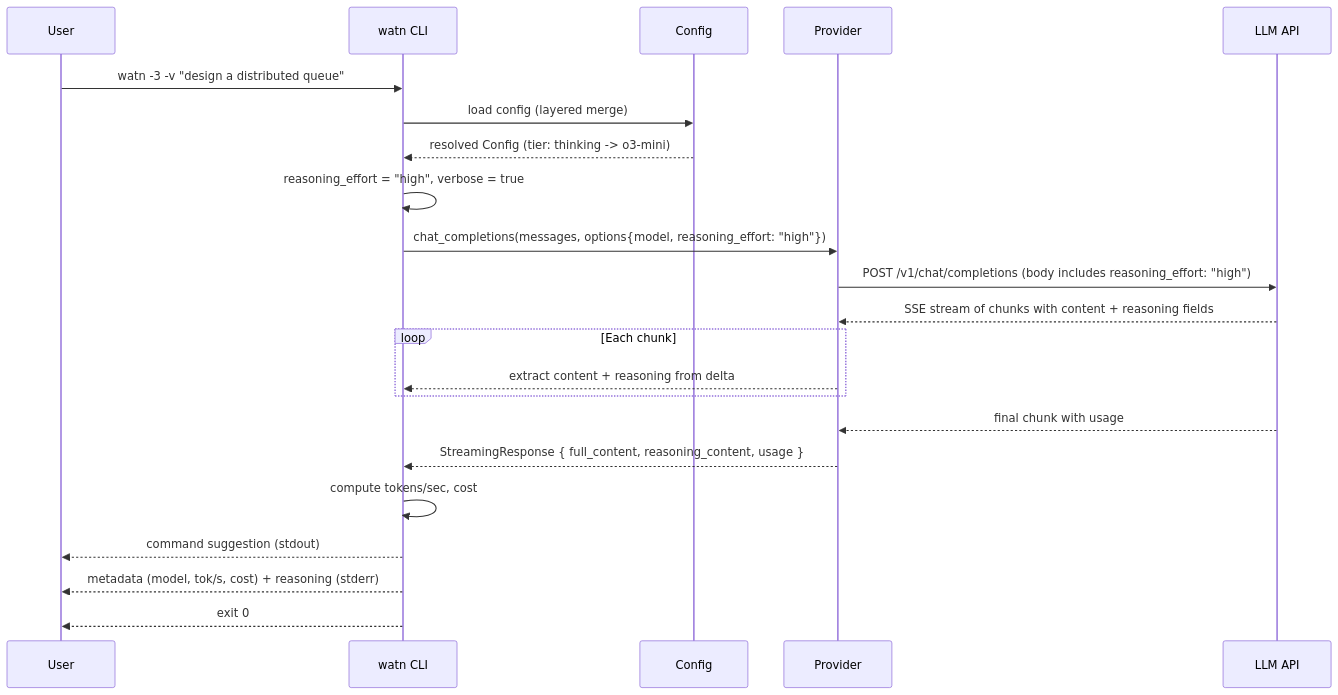
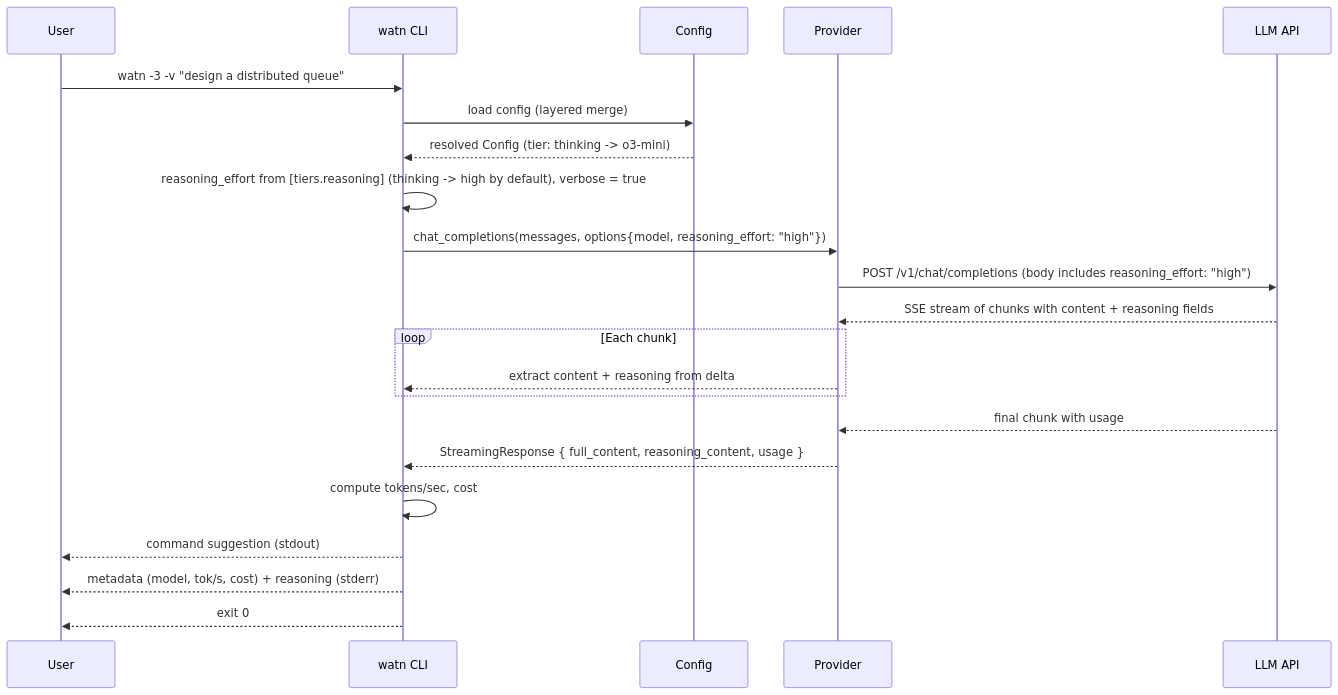
The third of 7 diagrams in docs/arc42/06-runtime-view.md (buster/watn), drawn with Mermaid before and after one commit. The commit also changed other lines of this file and 20 other files, not shown here.

````diff
--- a/docs/arc42/06-runtime-view.md
+++ b/docs/arc42/06-runtime-view.md
@@ -80,25 +80,25 @@
 ```mermaid
 sequenceDiagram
     participant User as User
     participant CLI as watn CLI
     participant Config as Config
     participant Prov as Provider
     participant API as LLM API
 
     User->>CLI: watn -3 -v "design a distributed queue"
     CLI->>Config: load config (layered merge)
     Config-->>CLI: resolved Config (tier: thinking -> o3-mini)
-    CLI->>CLI: reasoning_effort = "high", verbose = true
+    CLI->>CLI: reasoning_effort from [tiers.reasoning] (thinking -> high by default), verbose = true
     CLI->>Prov: chat_completions(messages, options{model, reasoning_effort: "high"})
     Prov->>API: POST /v1/chat/completions (body includes reasoning_effort: "high")
     API-->>Prov: SSE stream of chunks with content + reasoning fields
     loop Each chunk
         Prov-->>CLI: extract content + reasoning from delta
     end
     API-->>Prov: final chunk with usage
     Prov-->>CLI: StreamingResponse { full_content, reasoning_content, usage }
     CLI->>CLI: compute tokens/sec, cost
     CLI-->>User: command suggestion (stdout)
     CLI-->>User: metadata (model, tok/s, cost) + reasoning (stderr)
     CLI-->>User: exit 0
 ```
````
